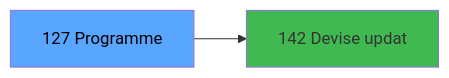
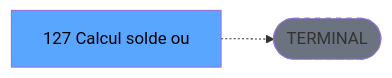
The third of 3 diagrams in .openspec/specs/ADH-IDE-127.md (thonyAGP/lecteur-magic), drawn with Mermaid before and after one commit. The commit also changed other lines of this file and 701 other files, not shown here.

````diff
--- a/.openspec/specs/ADH-IDE-127.md
+++ b/.openspec/specs/ADH-IDE-127.md
@@ -145,8 +137,8 @@
 ```mermaid
 graph LR
-    T[127 Programme]
-    C142[142 Devise updat]
-    T --> C142
+    T[127 Calcul solde ou]
+    TERM([TERMINAL])
+    T -.-> TERM
+    style TERM fill:#6b7280,stroke-dasharray: 5 5
     style T fill:#58a6ff,color:#000
-    style C142 fill:#3fb950
 ```
````
